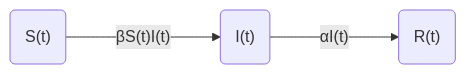
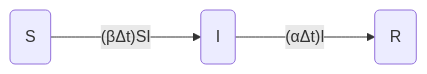
One commit to trevor-webster/2024Fall-MOCS changed the diagram in docs/M1-Dynamics/W3-discrete.md. Above: the diagram before and after it, drawn with Mermaid. The commit also changed other lines of this file, not shown here.

````diff
--- a/docs/M1-Dynamics/W3-discrete.md
+++ b/docs/M1-Dynamics/W3-discrete.md
@@ -112,5 +112,5 @@
 ```mermaid
 graph LR
-S("S(t)") --βS(t)I(t)---> I("I(t)")
-I("I(t)") --αI(t)---> R("R(t)")
+S("S") --(βΔt)SI---> I("I")
+I("I") --(αΔt)I---> R("R")
 ```
````
